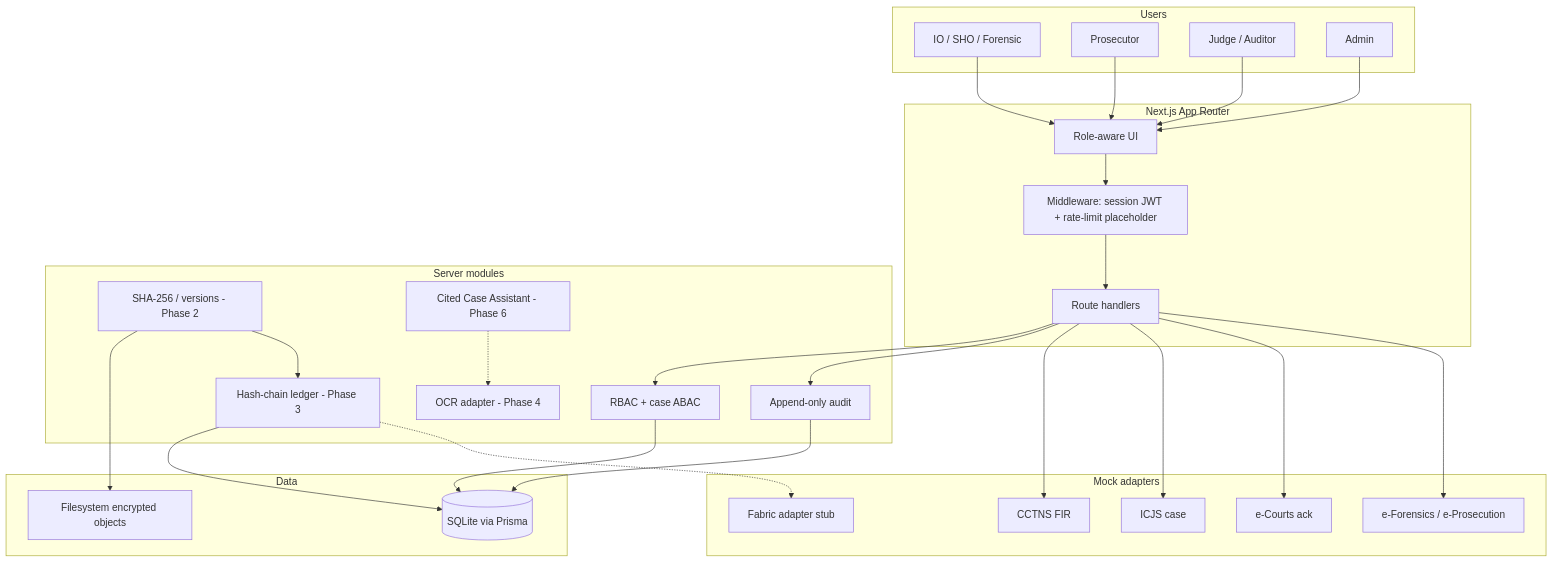
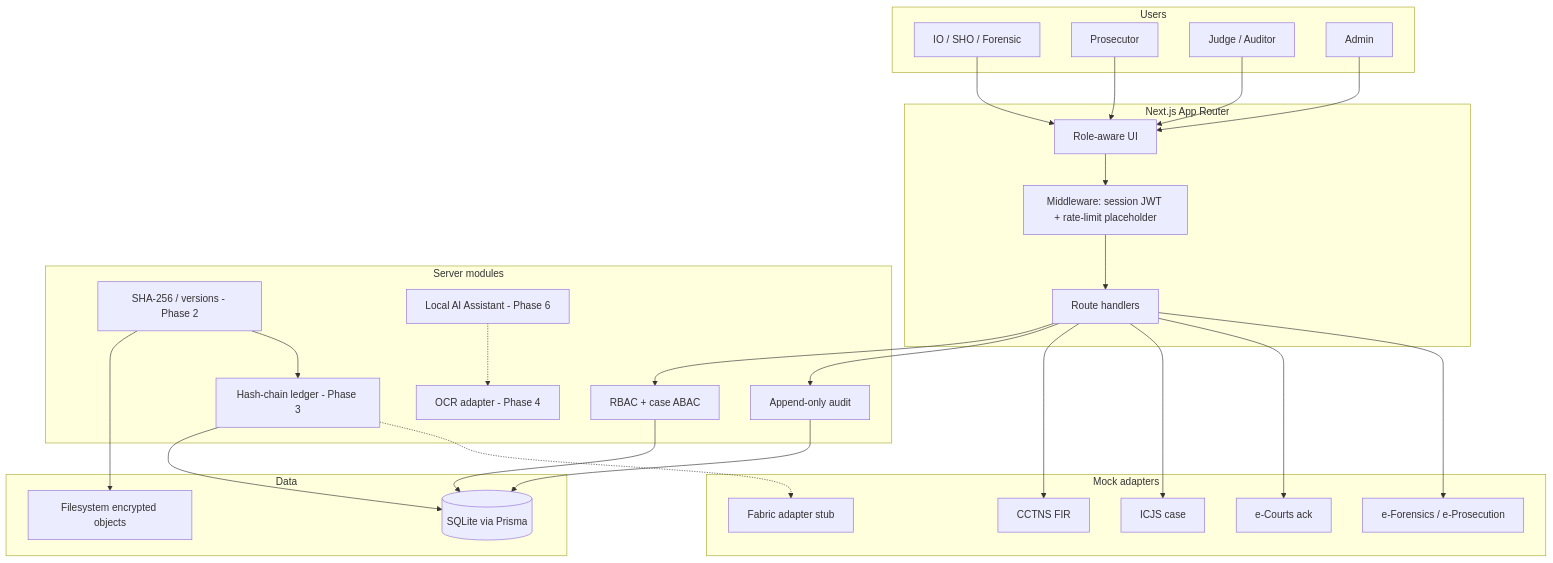
One commit to asashish001/NyayaVault changed the diagram in Docs/ARCHITECTURE.md. Above: the diagram before and after it, drawn with Mermaid. The commit also changed other lines of this file and 40 other files, not shown here.

````diff
--- a/Docs/ARCHITECTURE.md
+++ b/Docs/ARCHITECTURE.md
@@ -7,53 +7,53 @@
 ```mermaid
 flowchart TB
   subgraph clients [Users]
     IO[IO / SHO / Forensic]
     PP[Prosecutor]
     JA[Judge / Auditor]
     ADM[Admin]
   end
 
   subgraph next [Next.js App Router]
     UI[Role-aware UI]
     API[Route handlers]
     MW[Middleware: session JWT + rate-limit placeholder]
   end
 
   subgraph core [Server modules]
     ABAC[RBAC + case ABAC]
     AUDIT[Append-only audit]
     HASH[SHA-256 / versions - Phase 2]
     LEDGER[Hash-chain ledger - Phase 3]
     OCR[OCR adapter - Phase 4]
-    RAG[Cited Case Assistant - Phase 6]
+    AI[Local AI Assistant - Phase 6]
   end
 
   subgraph data [Data]
     SQLITE[(SQLite via Prisma)]
     FS[Filesystem encrypted objects]
   end
 
   subgraph mocks [Mock adapters]
     CCTNS[CCTNS FIR]
     ICJS[ICJS case]
     EC[e-Courts ack]
     EF[e-Forensics / e-Prosecution]
     FAB[Fabric adapter stub]
   end
 
   IO --> UI
   PP --> UI
   JA --> UI
   ADM --> UI
   UI --> MW --> API
   API --> ABAC --> SQLITE
   API --> AUDIT --> SQLITE
   HASH --> FS
   HASH --> LEDGER --> SQLITE
-  RAG -.-> OCR
+  AI -.-> OCR
   API --> CCTNS
   API --> ICJS
   API --> EC
   API --> EF
   LEDGER -.-> FAB
 ```
````
